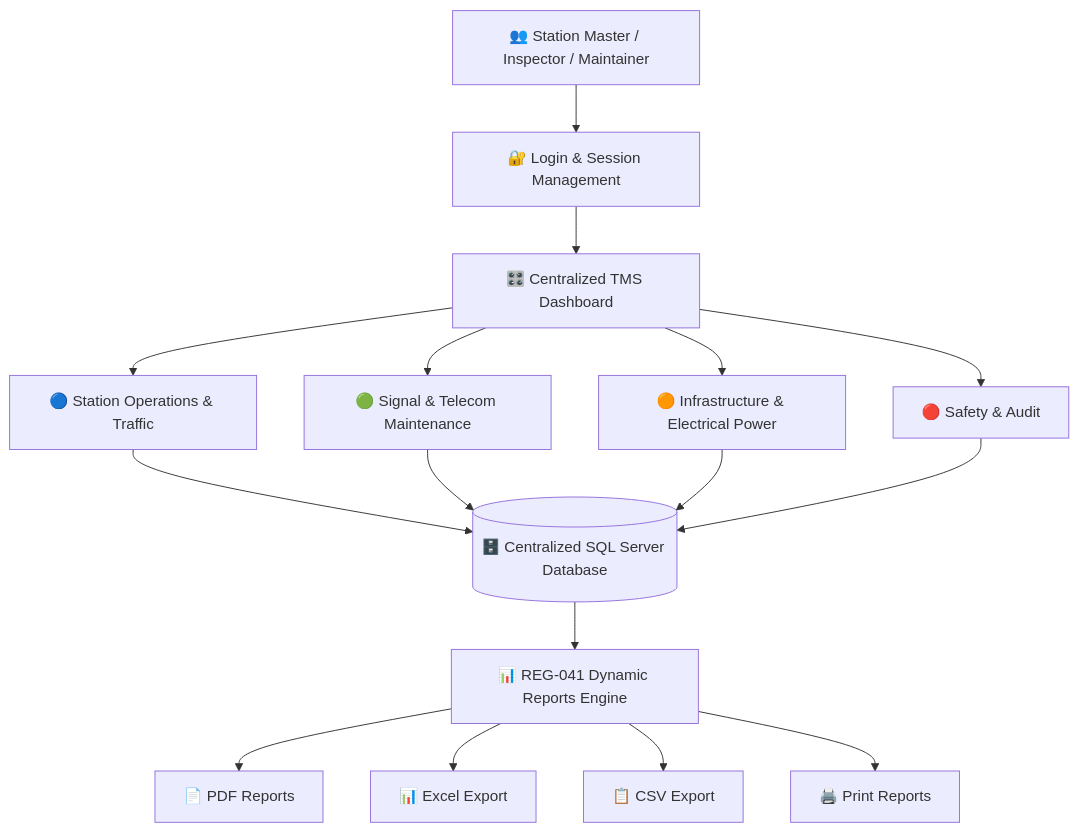
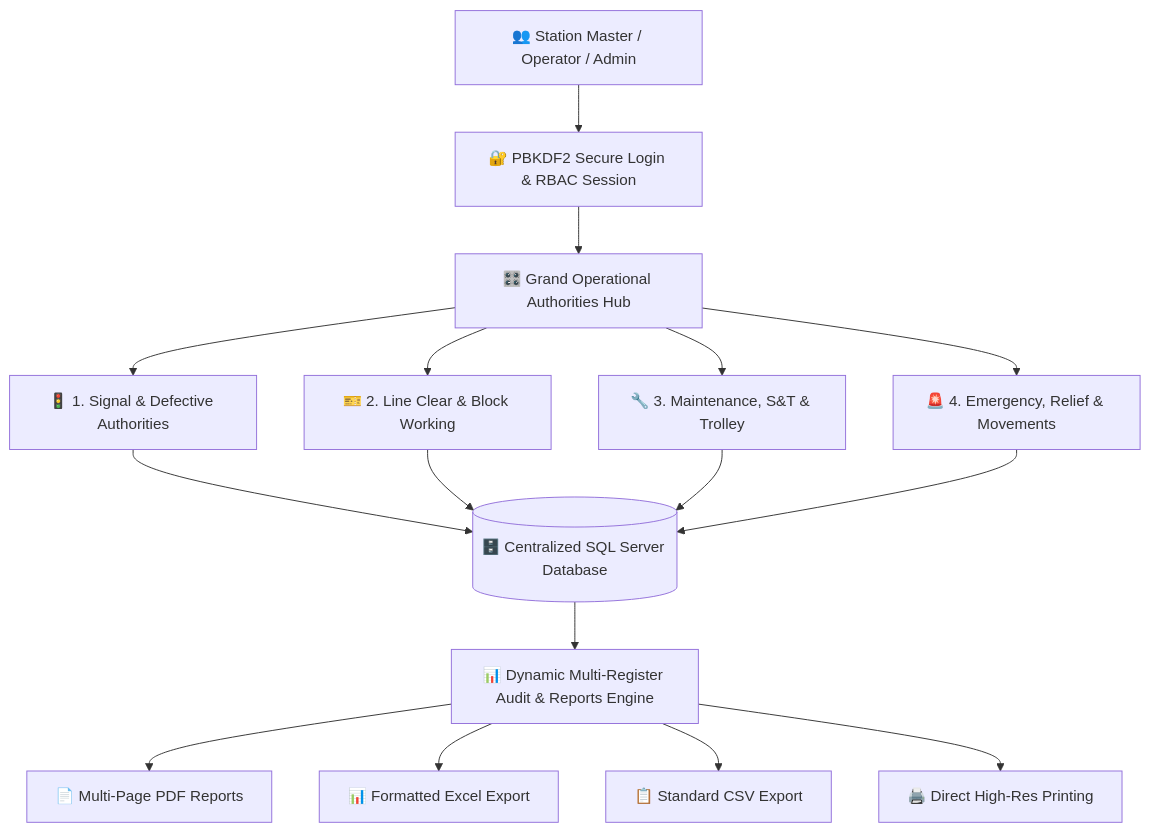
The first of 2 diagrams in README.md (VamshiKrishnaSiribommala/Mern_workshop), drawn with Mermaid before and after one commit. The commit also changed other lines of this file, not shown here.

First line of the commit message:
Revise README for Train Working Management System

````diff
--- a/README.md
+++ b/README.md
@@ -121,25 +121,25 @@
 ```mermaid
 flowchart TD
 
-    A[👥 Station Master / Inspector / Maintainer]
-    A --> B[🔐 Login & Session Management]
+    A[👥 Station Master / Operator / Admin]
+    A --> B[🔐 PBKDF2 Secure Login & RBAC Session]
 
-    B --> C[🎛️ Centralized TMS Dashboard]
+    B --> C[🎛️ Grand Operational Authorities Hub]
 
-    C --> D1[🔵 Station Operations & Traffic]
-    C --> D2[🟢 Signal & Telecom Maintenance]
-    C --> D3[🟠 Infrastructure & Electrical Power]
-    C --> D4[🔴 Safety & Audit]
+    C --> D1[🚦 1. Signal & Defective Authorities]
+    C --> D2[🎫 2. Line Clear & Block Working]
+    C --> D3[🔧 3. Maintenance, S&T & Trolley]
+    C --> D4[🚨 4. Emergency, Relief & Movements]
 
     D1 --> E[(🗄️ Centralized SQL Server Database)]
     D2 --> E
     D3 --> E
     D4 --> E
 
-    E --> F[📊 REG-041 Dynamic Reports Engine]
+    E --> F[📊 Dynamic Multi-Register Audit & Reports Engine]
 
-    F --> G1[📄 PDF Reports]
-    F --> G2[📊 Excel Export]
-    F --> G3[📋 CSV Export]
-    F --> G4[🖨️ Print Reports]
+    F --> G1[📄 Multi-Page PDF Reports]
+    F --> G2[📊 Formatted Excel Export]
+    F --> G3[📋 Standard CSV Export]
+    F --> G4[🖨️ Direct High-Res Printing]
 ```
````
